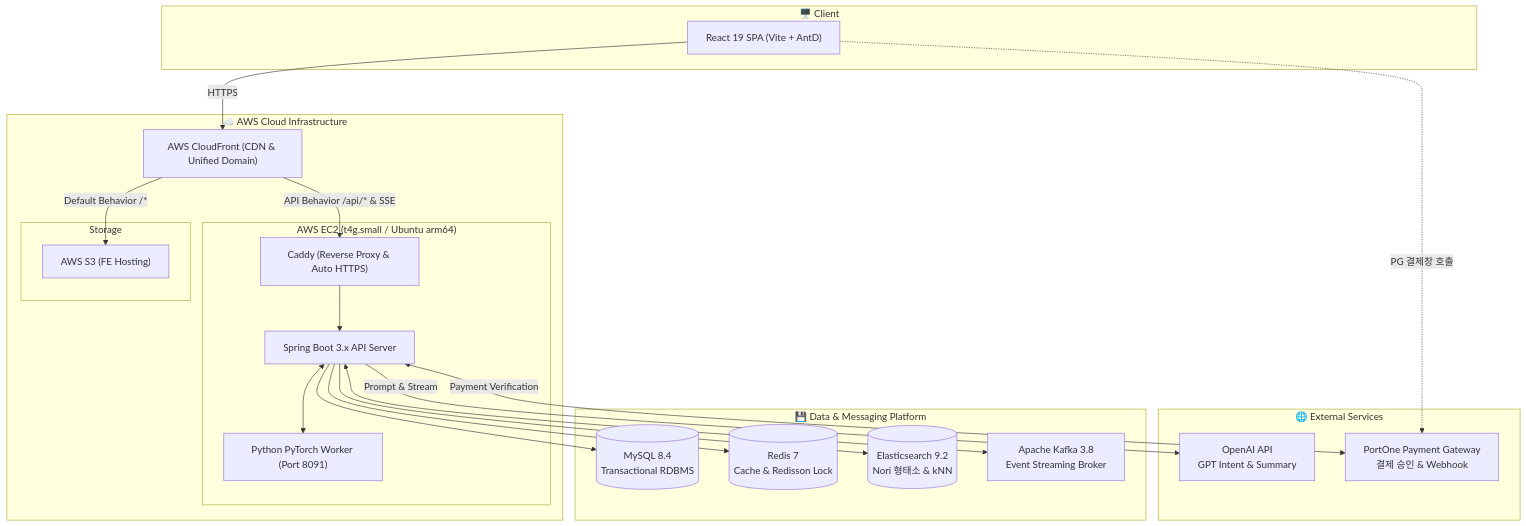
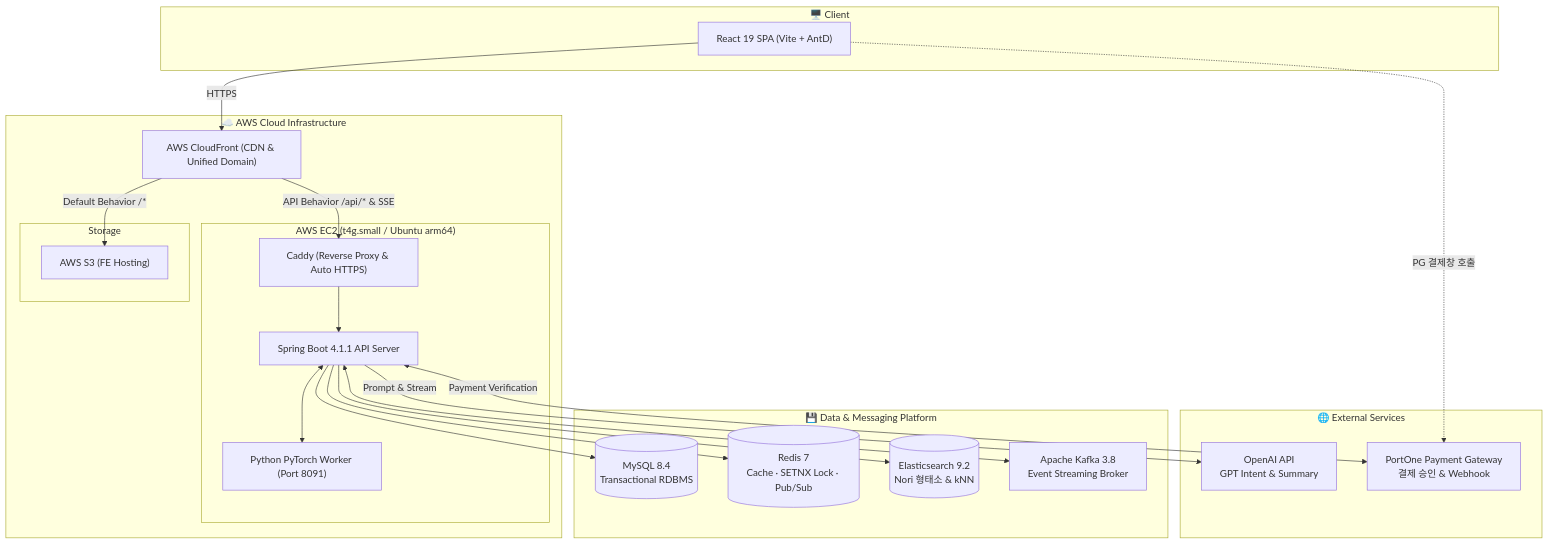
One commit to sparta-final-4/take-care-of-my-fridge changed the diagram in README.md. Above: the diagram before and after it, drawn with Mermaid. The commit also changed other lines of this file and 53 other files, not shown here.

````diff
--- a/README.md
+++ b/README.md
@@ -142,53 +142,53 @@
 ```mermaid
 flowchart TD
     subgraph Client["🖥️ Client"]
         Browser["React 19 SPA (Vite + AntD)"]
     end
 
     subgraph AWS["☁️ AWS Cloud Infrastructure"]
         CF["AWS CloudFront (CDN & Unified Domain)"]
 
         subgraph Storage["Storage"]
             S3["AWS S3 (FE Hosting)"]
         end
 
         subgraph Server["AWS EC2 (t4g.small / Ubuntu arm64)"]
             ReverseProxy["Caddy (Reverse Proxy & Auto HTTPS)"]
-            App["Spring Boot 3.x API Server"]
+            App["Spring Boot 4.1.1 API Server"]
             Worker["Python PyTorch Worker (Port 8091)"]
             
             ReverseProxy --> App
             App <--> Worker
         end
     end
 
     subgraph DataStores["💾 Data & Messaging Platform"]
         MySQL[("MySQL 8.4<br/>Transactional RDBMS")]
-        Redis[("Redis 7<br/>Cache & Redisson Lock")]
+        Redis[("Redis 7<br/>Cache · SETNX Lock · Pub/Sub")]
         ES[("Elasticsearch 9.2<br/>Nori 형태소 & kNN")]
         Kafka["Apache Kafka 3.8<br/>Event Streaming Broker"]
     end
 
     subgraph External["🌐 External Services"]
         OpenAI["OpenAI API<br/>GPT Intent & Summary"]
         PortOne["PortOne Payment Gateway<br/>결제 승인 & Webhook"]
     end
 
     %% Client Routing
     Browser -->|HTTPS| CF
     
     %% CloudFront Origins
     CF -->|"Default Behavior /*"| S3
     CF -->|"API Behavior /api/* & SSE"| ReverseProxy
     
     %% Application Connections
     App --> MySQL
     App --> Redis
     App --> ES
     App <--> Kafka
     
     %% External Connections
     App -->|"Prompt & Stream"| OpenAI
     App <-->|"Payment Verification"| PortOne
     Browser -.->|"PG 결제창 호출"| PortOne
 ```
````
